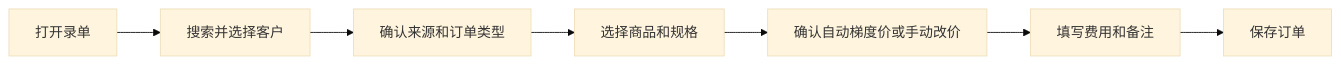
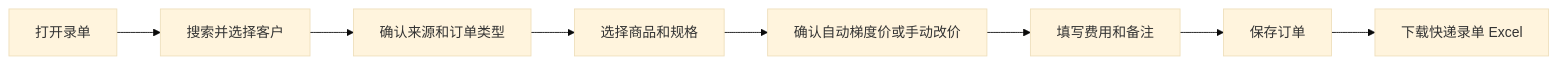
One commit to Backstage2539/KFerp changed the diagram in orderapp-remote/docs/order-entry-user-manual.md. Above: the diagram before and after it, drawn with Mermaid (base theme). The commit also changed other lines of this file and 21 other files, not shown here.

````diff
--- a/orderapp-remote/docs/order-entry-user-manual.md
+++ b/orderapp-remote/docs/order-entry-user-manual.md
@@ -5,9 +5,10 @@
 ```mermaid
 flowchart LR
   A[打开录单] --> B[搜索并选择客户]
   B --> C[确认来源和订单类型]
   C --> D[选择商品和规格]
   D --> E[确认自动梯度价或手动改价]
   E --> F[填写费用和备注]
   F --> G[保存订单]
+  G --> H[下载快递录单 Excel]
 ```
````
